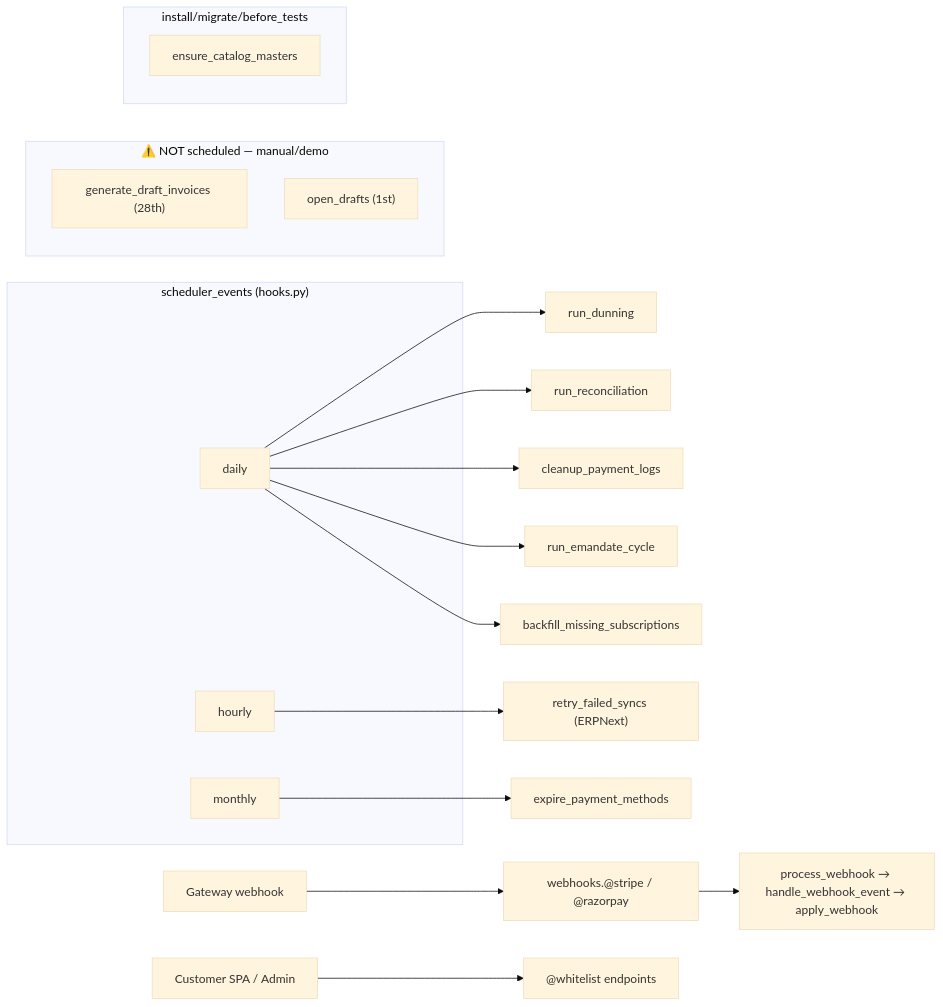
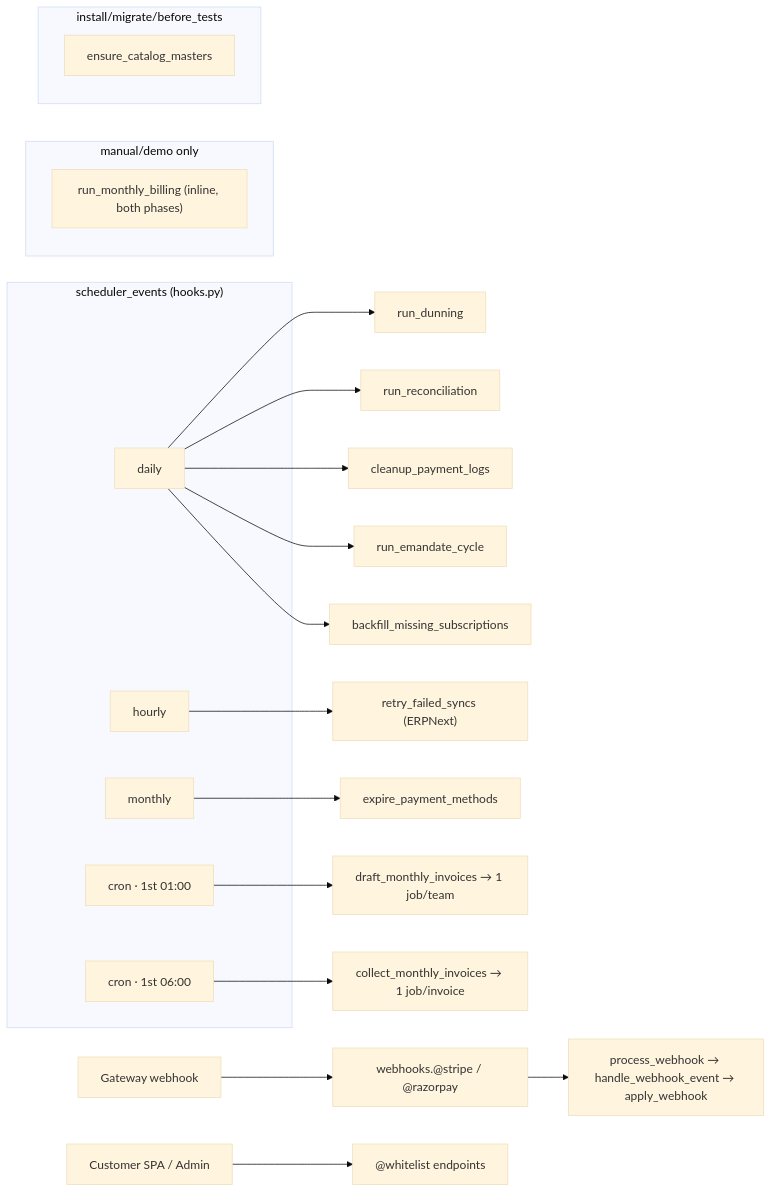
The third of 8 diagrams in central/billing/ARCHITECTURE.md (frappe/central), drawn with Mermaid (base theme) before and after one commit. The commit also changed other lines of this file and 1 other file, not shown here.

Commit message:
docs: the monthly run is two ticks and a worker pool

````diff
--- a/central/billing/ARCHITECTURE.md
+++ b/central/billing/ARCHITECTURE.md
@@ -161,28 +161,31 @@
 ```mermaid
 flowchart LR
     subgraph SCHED["scheduler_events (hooks.py)"]
         D1["daily"]
         H1["hourly"]
         M1["monthly"]
+        C1["cron · 1st 01:00"]
+        C2["cron · 1st 06:00"]
     end
     D1 --> RD["run_dunning"]
     D1 --> RR["run_reconciliation"]
     D1 --> CP["cleanup_payment_logs"]
     D1 --> EM["run_emandate_cycle"]
     D1 --> BF["backfill_missing_subscriptions"]
     H1 --> RF["retry_failed_syncs (ERPNext)"]
     M1 --> EX["expire_payment_methods"]
+    C1 --> DMI["draft_monthly_invoices → 1 job/team"]
+    C2 --> CMI["collect_monthly_invoices → 1 job/invoice"]
 
-    subgraph MANUAL["⚠️ NOT scheduled — manual/demo"]
-        GDI["generate_draft_invoices (28th)"]
-        OD["open_drafts (1st)"]
+    subgraph MANUAL["manual/demo only"]
+        RMB["run_monthly_billing (inline, both phases)"]
     end
 
     subgraph INSTALL["install/migrate/before_tests"]
         ECM["ensure_catalog_masters"]
     end
 
     EXT["Gateway webhook"] --> WH["webhooks.@stripe / @razorpay"]
     WH --> PW["process_webhook → handle_webhook_event → apply_webhook"]
     UI["Customer SPA / Admin"] --> API["@whitelist endpoints"]
 ```
````
